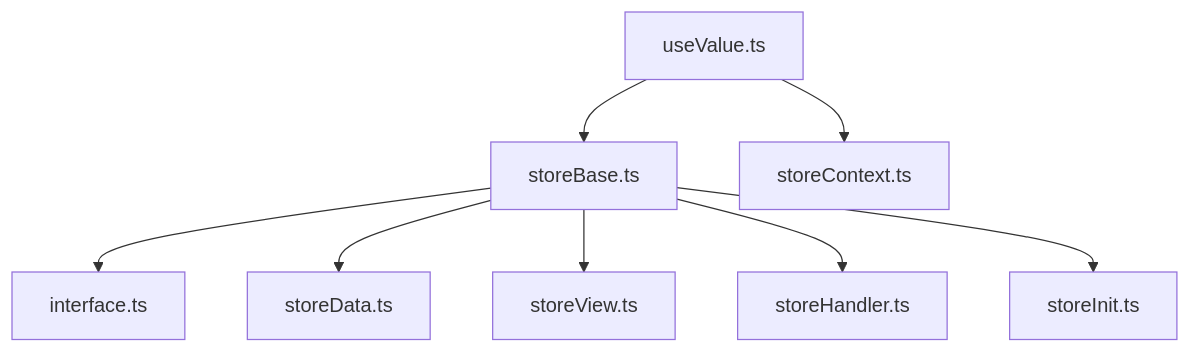
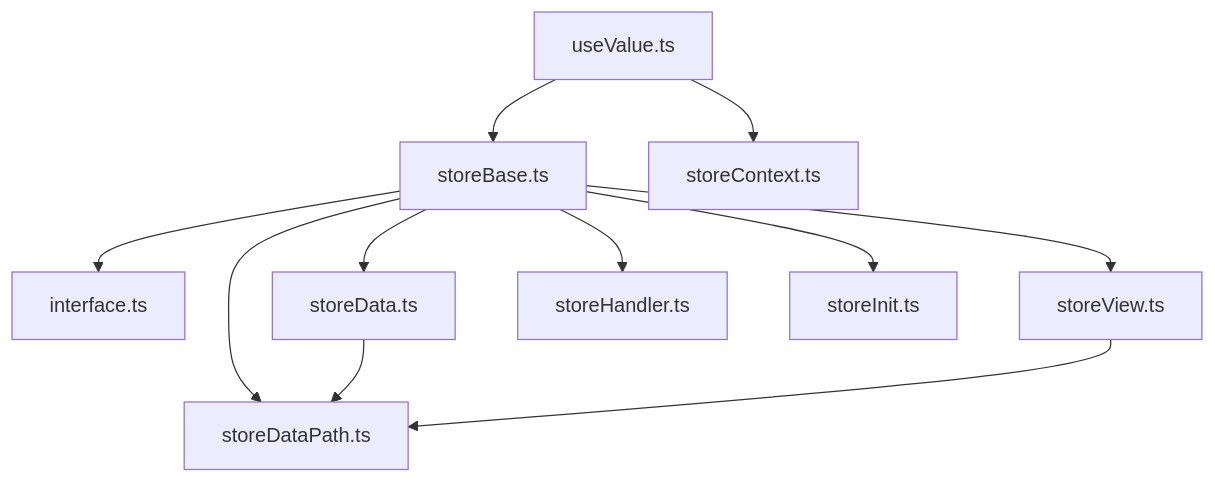
One commit to liqiongke/FrontArk changed the ninth of 9 diagrams in .qoder/repowiki/zh/content/数据管理/状态管理.md. Above: the diagram before and after it, drawn with Mermaid. The commit also changed other lines of this file and 19 other files, not shown here.

````diff
--- a/.qoder/repowiki/zh/content/数据管理/状态管理.md
+++ b/.qoder/repowiki/zh/content/数据管理/状态管理.md
@@ -337,18 +394,22 @@
 ```mermaid
 graph TB
 Base["storeBase.ts"]
 IF["interface.ts"]
 SD["storeData.ts"]
 SV["storeView.ts"]
 SH["storeHandler.ts"]
 SI["storeInit.ts"]
 UV["useValue.ts"]
 SC["storeContext.ts"]
+SP["storeDataPath.ts"]
 Base --> IF
 Base --> SD
 Base --> SV
 Base --> SH
 Base --> SI
+Base --> SP
 UV --> SC
 UV --> Base
+SD --> SP
+SV --> SP
 ```
````
